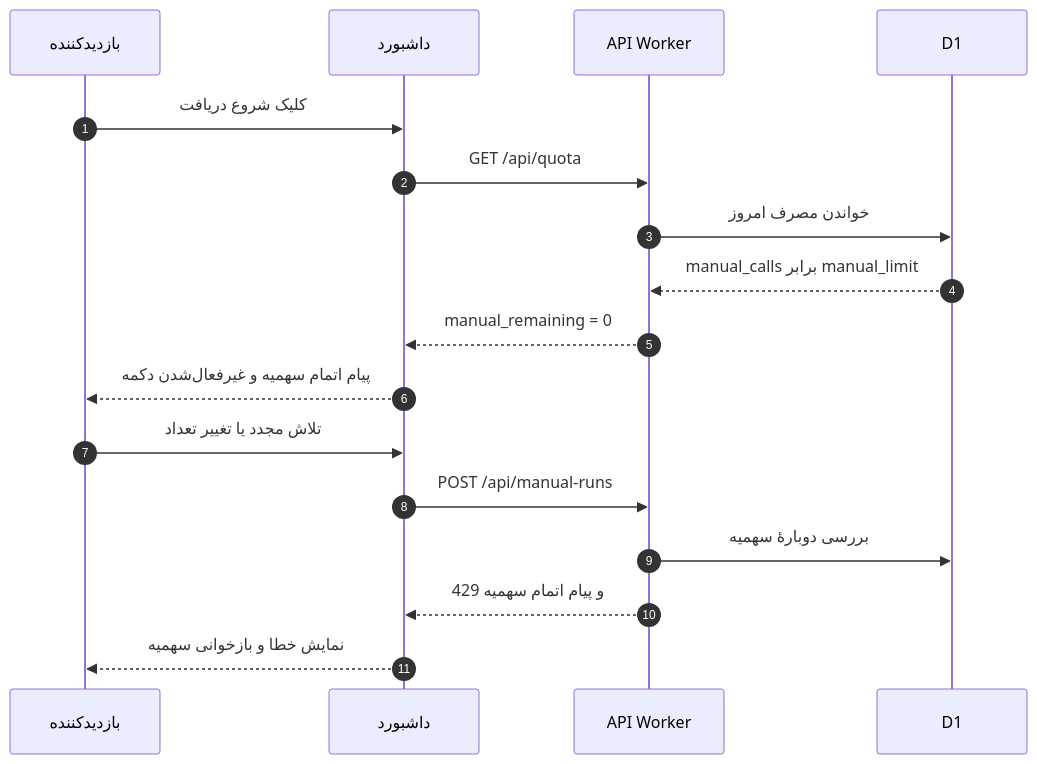
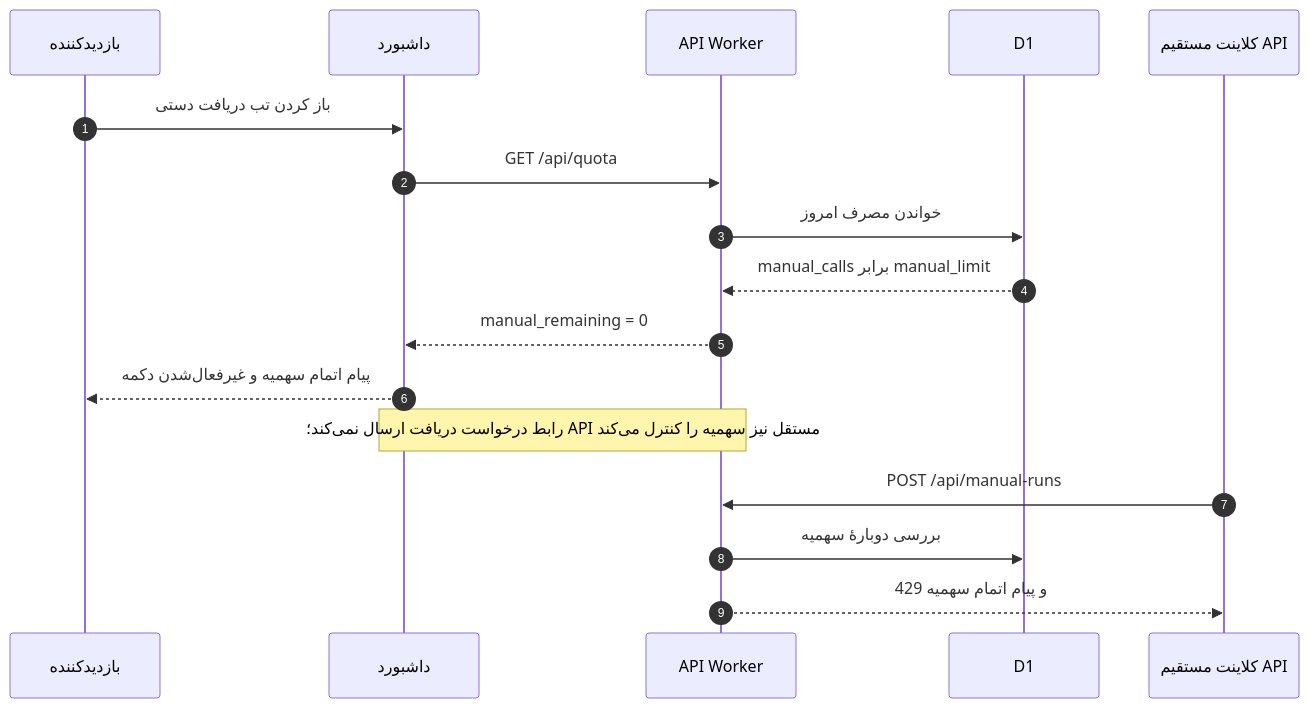
One commit to f4r6d/divar-housing-finder changed diagram 13 of 16 in OOAD_MANUAL_FETCH_FA.md. Above: the diagram before and after it, drawn with Mermaid. The commit also changed other lines of this file and 3 other files, not shown here.

````diff
--- a/OOAD_MANUAL_FETCH_FA.md
+++ b/OOAD_MANUAL_FETCH_FA.md
@@ -931,20 +957,21 @@
 ```mermaid
 sequenceDiagram
   autonumber
   participant V as بازدیدکننده
   participant UI as داشبورد
   participant API as API Worker
   participant DB as D1
 
-  V->>UI: کلیک شروع دریافت
+  participant C as کلاینت مستقیم API
+
+  V->>UI: باز کردن تب دریافت دستی
   UI->>API: GET /api/quota
   API->>DB: خواندن مصرف امروز
   DB-->>API: manual_calls برابر manual_limit
   API-->>UI: manual_remaining = 0
   UI-->>V: پیام اتمام سهمیه و غیرفعال‌شدن دکمه
-  V->>UI: تلاش مجدد یا تغییر تعداد
-  UI->>API: POST /api/manual-runs
+  Note over UI,API: رابط درخواست دریافت ارسال نمی‌کند؛ API مستقل نیز سهمیه را کنترل می‌کند
+  C->>API: POST /api/manual-runs
   API->>DB: بررسی دوبارهٔ سهمیه
-  API-->>UI: 429 و پیام اتمام سهمیه
-  UI-->>V: نمایش خطا و بازخوانی سهمیه
+  API-->>C: 429 و پیام اتمام سهمیه
 ```
````
